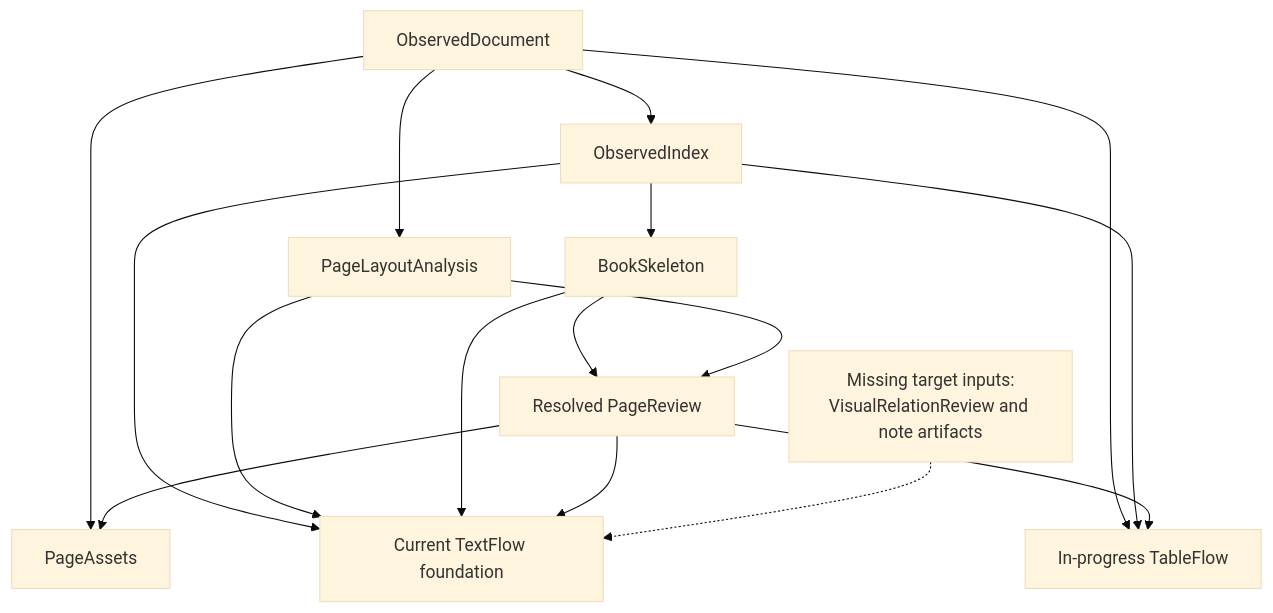
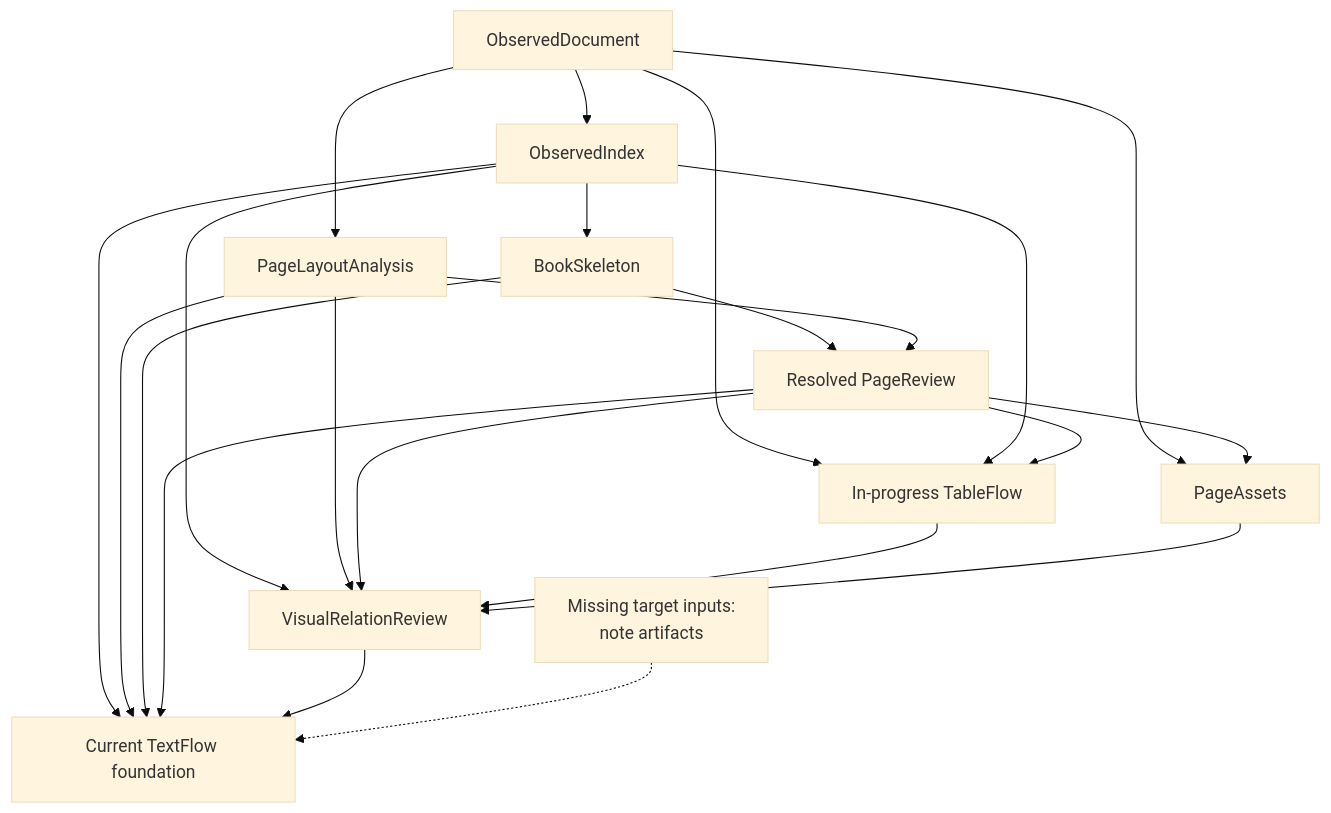
The third of 3 diagrams in docs/architecture.md (jenslewie/inkline), drawn with Mermaid (base theme) before and after one commit. The commit also changed other lines of this file and 18 other files, not shown here.

Commit message:
feat(canonical): implement visual relation review

````diff
--- a/docs/architecture.md
+++ b/docs/architecture.md
@@ -140,28 +140,35 @@
 ```mermaid
 flowchart TD
     observed["ObservedDocument"]
     index["ObservedIndex"]
     layout["PageLayoutAnalysis"]
     skeleton["BookSkeleton"]
     review["Resolved PageReview"]
     assets["PageAssets"]
+    visual["VisualRelationReview"]
     currentFlow["Current TextFlow foundation"]
     currentTables["In-progress TableFlow"]
-    missing["Missing target inputs:<br/>VisualRelationReview and note artifacts"]
+    missing["Missing target inputs:<br/>note artifacts"]
 
     observed --> index
     observed --> layout
     index --> skeleton
     skeleton --> review
     layout --> review
     observed --> assets
     review --> assets
+    observed --> currentTables
+    index --> currentTables
+    review --> currentTables
+    index --> visual
+    layout --> visual
+    review --> visual
+    currentTables --> visual
+    assets --> visual
     index --> currentFlow
     layout --> currentFlow
     skeleton --> currentFlow
     review --> currentFlow
-    observed --> currentTables
-    index --> currentTables
-    review --> currentTables
+    visual --> currentFlow
     missing -.-> currentFlow
 ```
````
